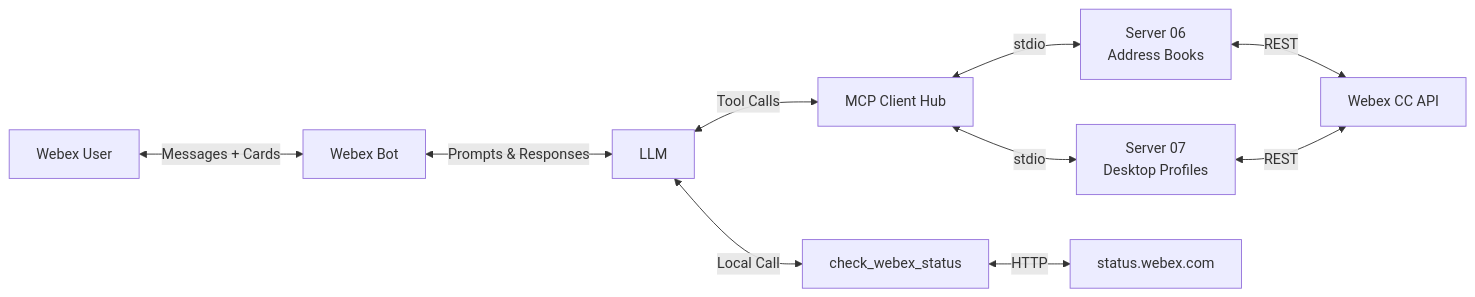
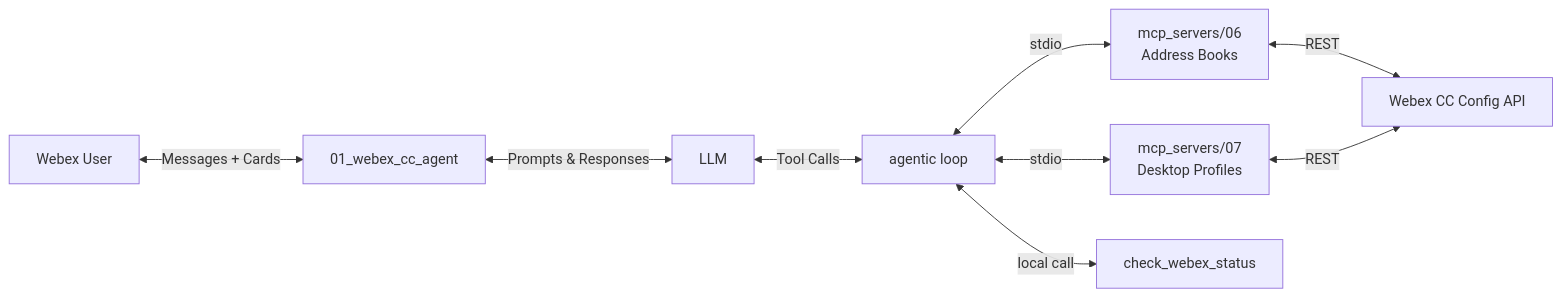
Before and after one commit to WebexCC-SA/LAB-31123: the diagram in docs/lab8_use-cases.md, drawn with Mermaid. The commit also changed other lines of this file, not shown here.

````diff
--- a/docs/lab8_use-cases.md
+++ b/docs/lab8_use-cases.md
@@ -9,12 +32,11 @@
 ```mermaid
 flowchart LR
-    User[Webex User] <-->|Messages + Cards| Bot[Webex Bot]
+    User[Webex User] <-->|Messages + Cards| Bot[01_webex_cc_agent]
     Bot <-->|Prompts & Responses| LLM[LLM]
-    LLM <-->|Tool Calls| Hub[MCP Client Hub]
-    Hub <-->|stdio| S06[Server 06\nAddress Books]
-    Hub <-->|stdio| S07[Server 07\nDesktop Profiles]
-    S06 <-->|REST| CC[Webex CC API]
+    LLM <-->|Tool Calls| Loop[agentic loop]
+    Loop <-->|stdio| S06[mcp_servers/06\nAddress Books]
+    Loop <-->|stdio| S07[mcp_servers/07\nDesktop Profiles]
+    S06 <-->|REST| CC[Webex CC Config API]
     S07 <-->|REST| CC
-    LLM <-->|Local Call| Status[check_webex_status]
-    Status <-->|HTTP| WS[status.webex.com]
+    Loop <-->|local call| Status[check_webex_status]
 ```
````
